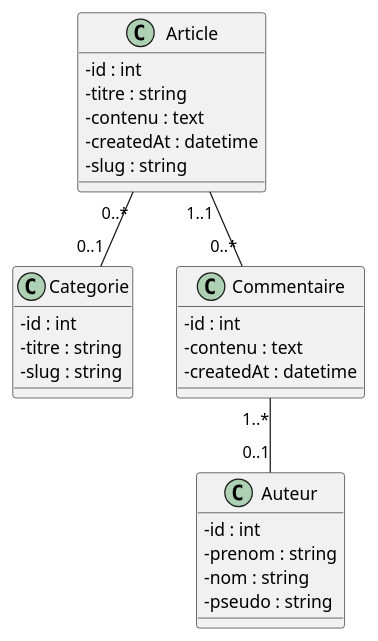
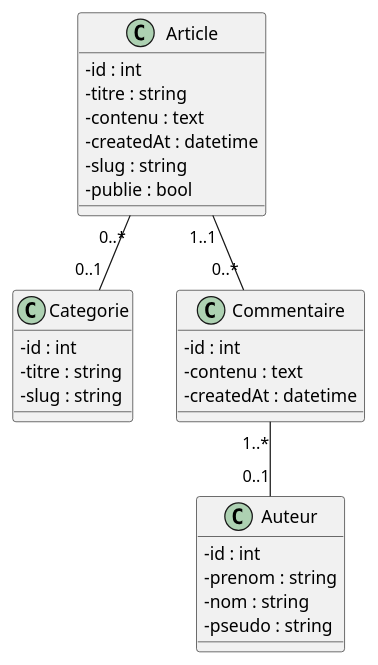
One commit to pgrvs/symfony-blog changed the diagram in documentation/diagramme_classes.puml. Above: the diagram before and after it, drawn with PlantUML. The commit also changed 8 other files, not shown here.

```diff
--- a/documentation/diagramme_classes.puml
+++ b/documentation/diagramme_classes.puml
@@ -1,36 +1,37 @@
 @startuml
 'https://plantuml.com/
 skinparam classAttributeIconSize 0
 
 class Article {
     - id : int
     - titre : string
     - contenu : text
     - createdAt : datetime
     - slug : string
+    - publie : bool
 }
 
 class Categorie {
     - id : int
     - titre : string
     - slug : string
 }
 
 class Commentaire {
     - id : int
     - contenu : text
     - createdAt : datetime
 }
 
 class Auteur {
     - id : int
     - prenom : string
     - nom : string
     - pseudo : string
 }
 
 Article"0..*"--"0..1"Categorie
 Article"1..1"--"0..*"Commentaire
 Commentaire"1..*"--"0..1"Auteur
 
 @enduml
```
